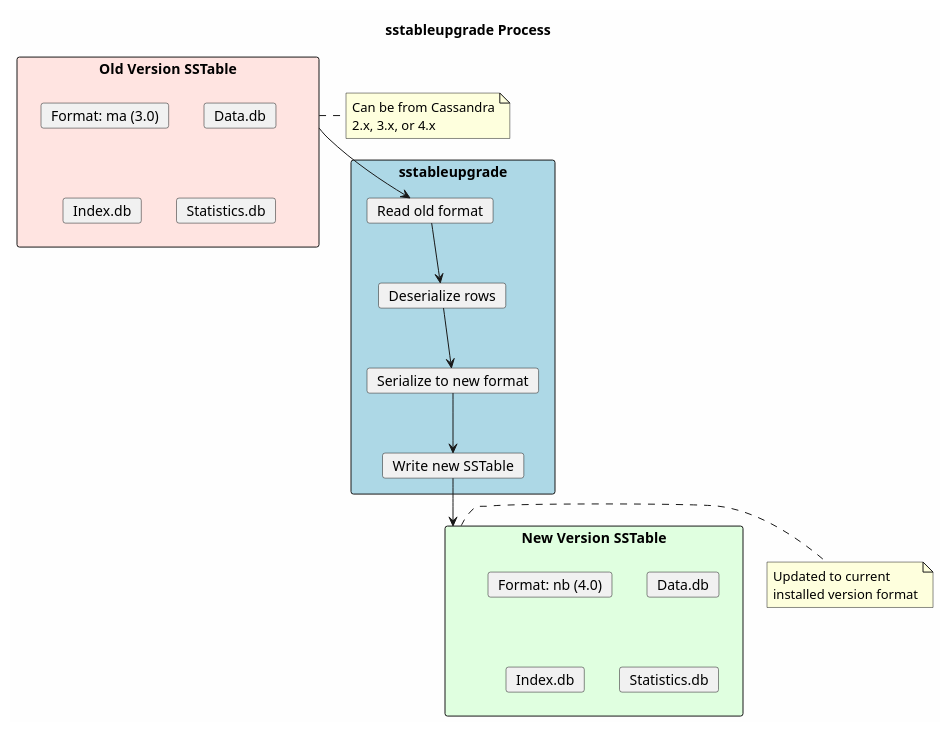
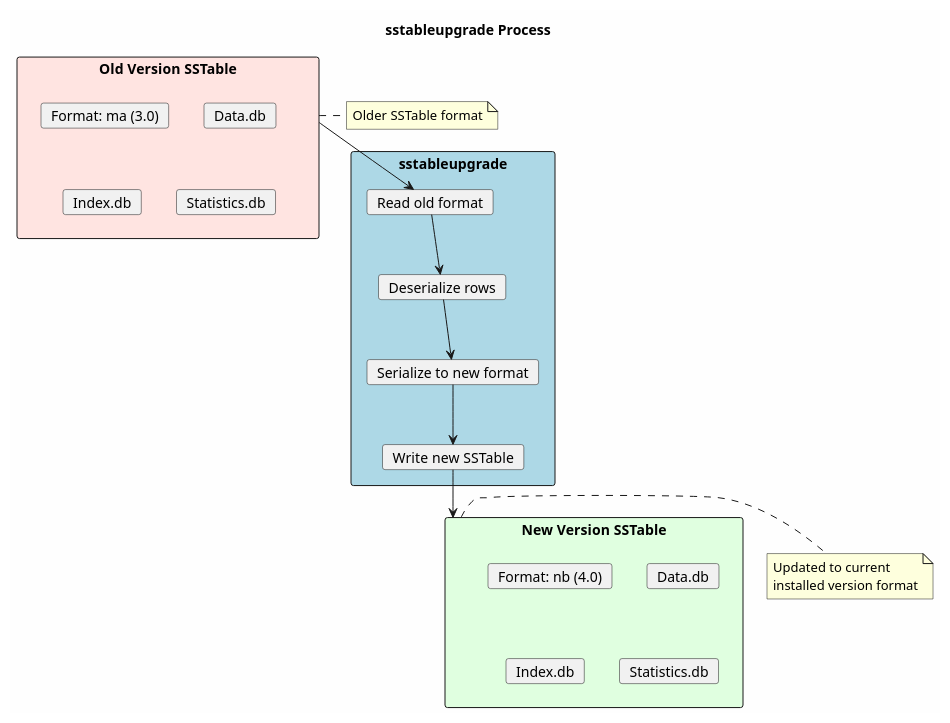
The first of 2 diagrams in docs/data-platforms/cassandra/operations/sstable-management/sstableupgrade.md (axonops/documentation), drawn with PlantUML before and after one commit. The commit also changed other lines of this file and 262 other files, not shown here.

````diff
--- a/docs/data-platforms/cassandra/operations/sstable-management/sstableupgrade.md
+++ b/docs/data-platforms/cassandra/operations/sstable-management/sstableupgrade.md
@@ -41,44 +41,43 @@
 ```plantuml
 @startuml
 skinparam backgroundColor #FEFEFE
 
 title sstableupgrade Process
 
 rectangle "Old Version SSTable" as old #FFE4E1 {
     card "Format: ma (3.0)" as old_format
     card "Data.db" as old_data
     card "Index.db" as old_index
     card "Statistics.db" as old_stats
 }
 
 rectangle "sstableupgrade" as upgrade #LightBlue {
     card "Read old format" as read
     card "Deserialize rows" as deserialize
     card "Serialize to new format" as serialize
     card "Write new SSTable" as write
 }
 
 rectangle "New Version SSTable" as new #E0FFE0 {
     card "Format: nb (4.0)" as new_format
     card "Data.db" as new_data
     card "Index.db" as new_index
     card "Statistics.db" as new_stats
 }
 
 old --> read
 read --> deserialize
 deserialize --> serialize
 serialize --> write
 write --> new
 
 note right of old
-  Can be from Cassandra
-  2.x, 3.x, or 4.x
+  Older SSTable format
 end note
 
 note right of new
   Updated to current
   installed version format
 end note
 @enduml
 ```
````
